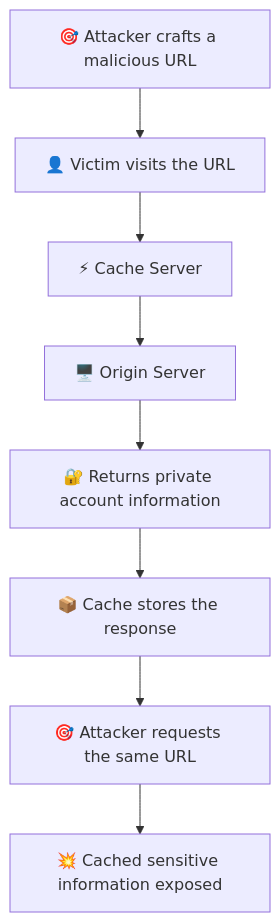
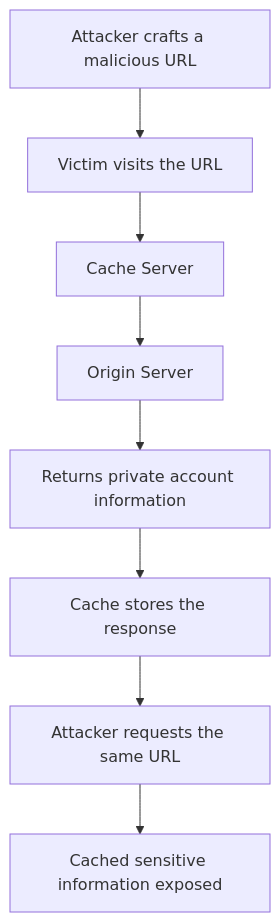
The diagram in README.md (LEO-FRANCIS-A/Web-Cache-Deception-Web-Security-Academy-), drawn with Mermaid before and after one commit. The commit also changed other lines of this file, not shown here.

Commit message:
Revise flowchart and lab links in README
Updated flowchart labels and lab links for clarity.

````diff
--- a/README.md
+++ b/README.md
@@ -85,10 +85,10 @@
 ```mermaid
 flowchart TD
-    A["🎯 Attacker crafts a malicious URL"] --> B["👤 Victim visits the URL"]
-    B --> C["⚡ Cache Server"]
-    C --> D["🖥️ Origin Server"]
-    D --> E["🔐 Returns private account information"]
-    E --> F["📦 Cache stores the response"]
-    F --> G["🎯 Attacker requests the same URL"]
-    G --> H["💥 Cached sensitive information exposed"]
+    A[" Attacker crafts a malicious URL"] --> B[" Victim visits the URL"]
+    B --> C[" Cache Server"]
+    C --> D[" Origin Server"]
+    D --> E[" Returns private account information"]
+    E --> F[" Cache stores the response"]
+    F --> G[" Attacker requests the same URL"]
+    G --> H[" Cached sensitive information exposed"]
 ```
````
